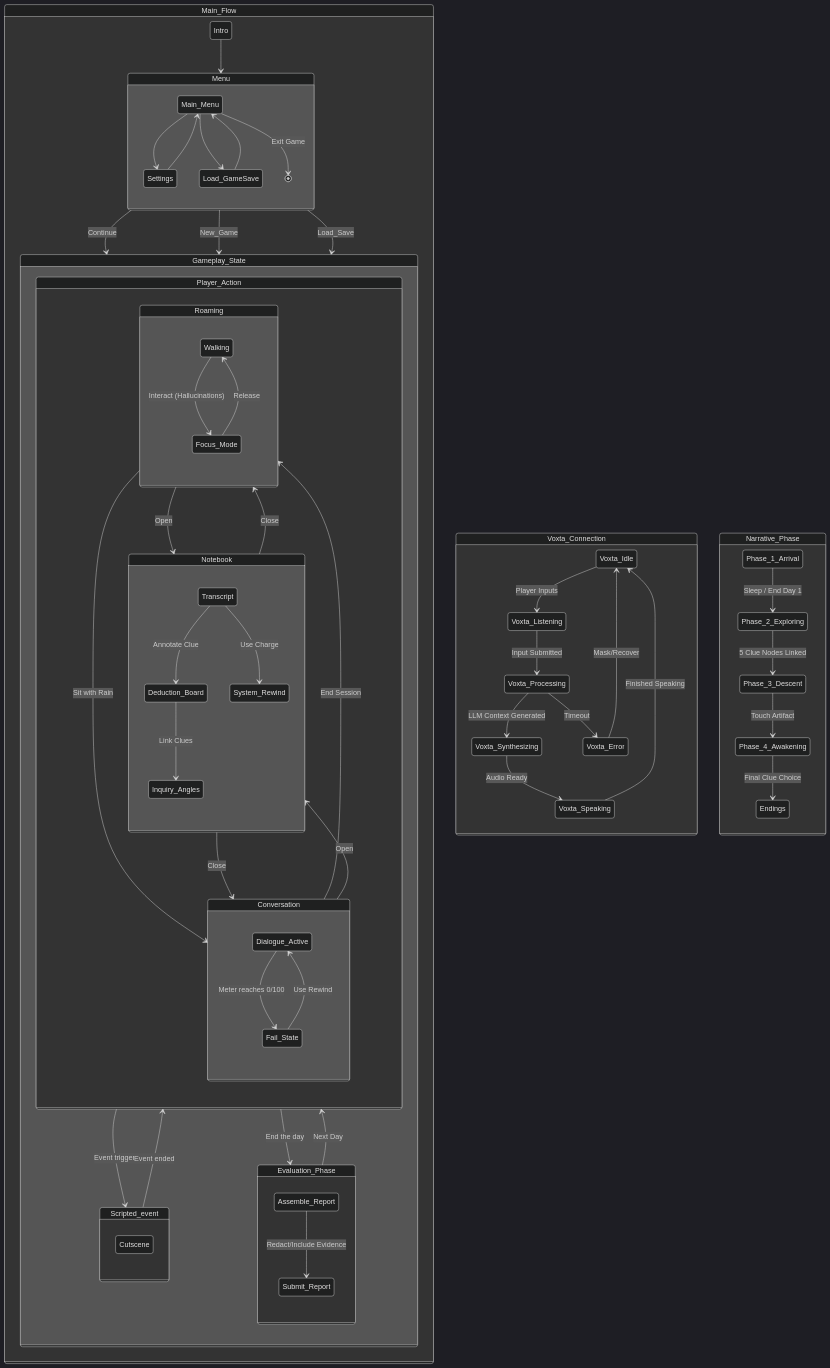
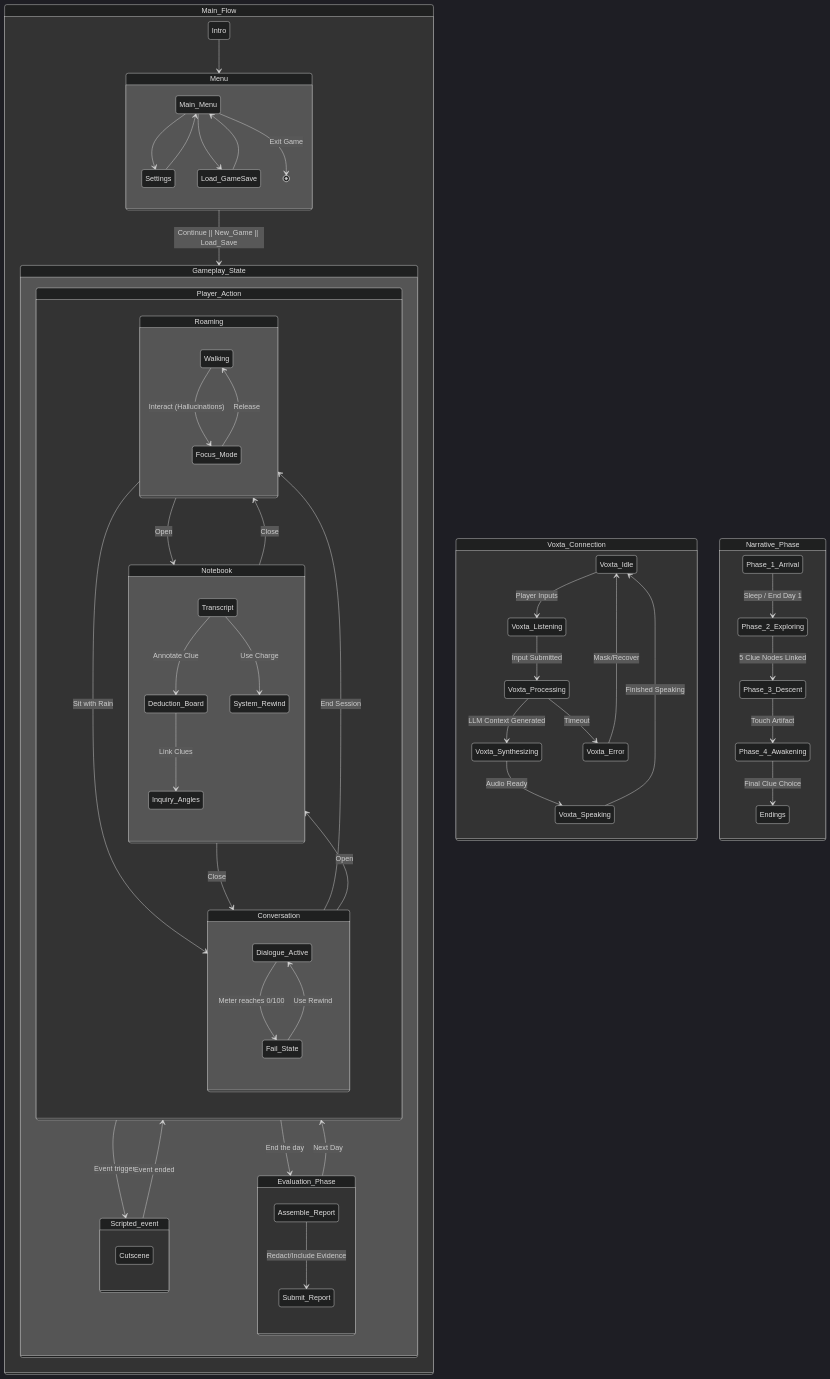
The diagram in README.md (grrimgrriefer/Forgotten), drawn with Mermaid before and after one commit. The commit also changed 4 other files, not shown here.

````diff
--- a/README.md
+++ b/README.md
@@ -20,82 +20,80 @@
 ```mermaid
 ---
 config:
   theme: dark
 ---
 stateDiagram-v2
     state Main_Flow {
         state Menu {
             Main_Menu --> Settings
             Main_Menu --> Load_GameSave
             Settings --> Main_Menu
             Load_GameSave --> Main_Menu
             Main_Menu --> [*] : Exit Game
         }
 
-        Menu --> Gameplay_State : Continue
-        Menu --> Gameplay_State : New_Game
-        Menu --> Gameplay_State : Load_Save
+        Menu --> Gameplay_State : Continue || New_Game || Load_Save
 
         Intro --> Menu
 
         state Gameplay_State {
             state Player_Action {           
                 state Roaming {
                     Walking --> Focus_Mode : Interact (Hallucinations)
                     Focus_Mode --> Walking : Release
                 }
                 
                 state Conversation {
                     Dialogue_Active --> Fail_State : Meter reaches 0/100
                     Fail_State --> Dialogue_Active : Use Rewind
                 }
                 
                 state Notebook {
                     Transcript --> Deduction_Board : Annotate Clue
                     Deduction_Board --> Inquiry_Angles : Link Clues
                     Transcript --> System_Rewind : Use Charge
                 }
                 
                 Roaming --> Notebook : Open
                 Notebook --> Roaming : Close
                 Roaming --> Conversation : Sit with Rain
                 Conversation --> Roaming : End Session
                 Conversation --> Notebook : Open
                 Notebook --> Conversation : Close
             }
 
             Player_Action --> Scripted_event : Event trigger
             Scripted_event --> Player_Action : Event ended
 
             state Scripted_event {
                 Cutscene
             }
             
             Player_Action --> Evaluation_Phase : End the day
             
             state Evaluation_Phase {
                 Assemble_Report --> Submit_Report : Redact/Include Evidence
             }
             
             Evaluation_Phase --> Player_Action : Next Day
         }
     }
     
     state Voxta_Connection {
         Voxta_Idle --> Voxta_Listening : Player Inputs
         Voxta_Listening --> Voxta_Processing : Input Submitted
         Voxta_Processing --> Voxta_Synthesizing : LLM Context Generated
         Voxta_Synthesizing --> Voxta_Speaking : Audio Ready
         Voxta_Speaking --> Voxta_Idle : Finished Speaking
         
         Voxta_Processing --> Voxta_Error : Timeout
         Voxta_Error --> Voxta_Idle : Mask/Recover
     }
     
     state Narrative_Phase {
         Phase_1_Arrival --> Phase_2_Exploring : Sleep / End Day 1
         Phase_2_Exploring --> Phase_3_Descent : 5 Clue Nodes Linked
         Phase_3_Descent --> Phase_4_Awakening : Touch Artifact
         Phase_4_Awakening --> Endings : Final Clue Choice
     }
 ```
````
